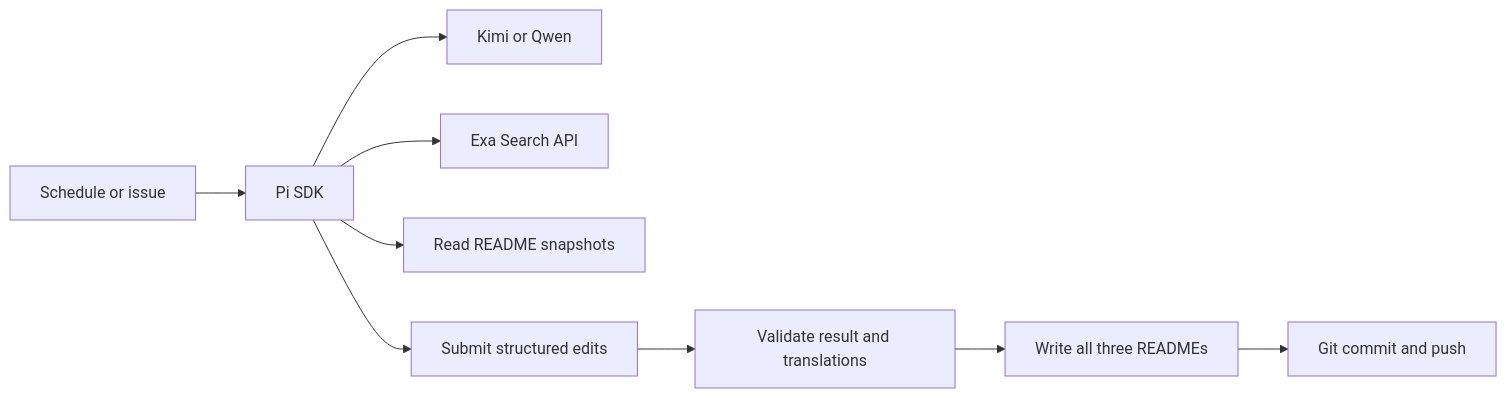
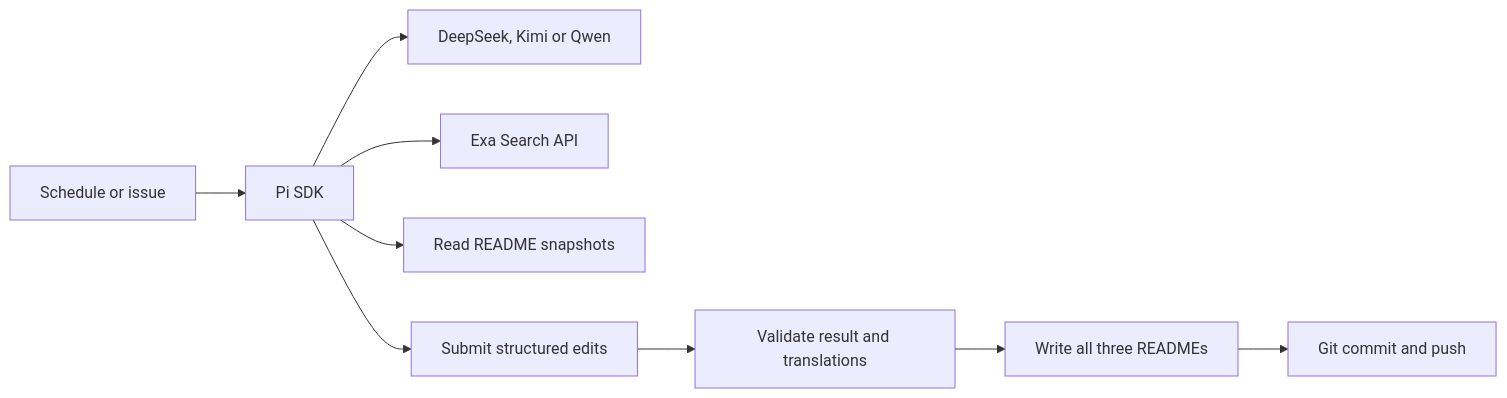
The diagram in docs/automation.md (roboco-io/awesome-vibecoding), drawn with Mermaid before and after one commit. The commit also changed other lines of this file and 5 other files, not shown here.

````diff
--- a/docs/automation.md
+++ b/docs/automation.md
@@ -59,11 +61,11 @@
 ```mermaid
 flowchart LR
     TRIGGER[Schedule or issue] --> PI[Pi SDK]
-    PI --> MODEL[Kimi or Qwen]
+    PI --> MODEL[DeepSeek, Kimi or Qwen]
     PI --> EXA[Exa Search API]
     PI --> READ[Read README snapshots]
     PI --> PROPOSAL[Submit structured edits]
     PROPOSAL --> CHECK[Validate result and translations]
     CHECK --> WRITE[Write all three READMEs]
     WRITE --> COMMIT[Git commit and push]
 ```
````
